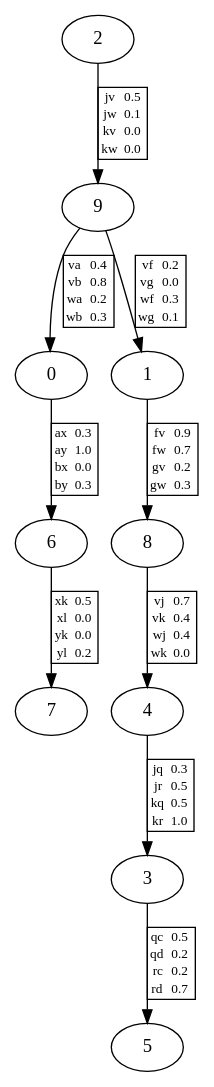
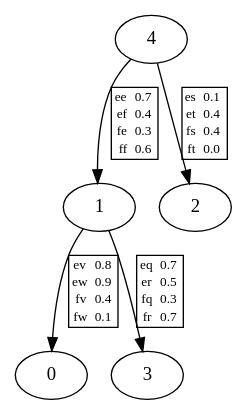
One commit to peterdeka/SoftMatching changed the diagram in Mgraph.gv. Above: the diagram before and after it, drawn with Graphviz. The commit also changed 10 other files, not shown here.

```diff
--- a/Mgraph.gv
+++ b/Mgraph.gv
@@ -1,10 +1,5 @@
-digraph {0;0 -> 6 [label=<<FONT POINT-SIZE="10"><TABLE CELLBORDER="0" CELLPADDING="1" CELLSPACING="0"><TR><TD>ax</TD><TD>0.3</TD></TR><TR><TD>ay</TD><TD>1.0</TD></TR><TR><TD>bx</TD><TD>0.0</TD></TR><TR><TD>by</TD><TD>0.3</TD></TR></TABLE></FONT>>];
-1;1 -> 8 [label=<<FONT POINT-SIZE="10"><TABLE CELLBORDER="0" CELLPADDING="1" CELLSPACING="0"><TR><TD>fv</TD><TD>0.9</TD></TR><TR><TD>fw</TD><TD>0.7</TD></TR><TR><TD>gv</TD><TD>0.2</TD></TR><TR><TD>gw</TD><TD>0.3</TD></TR></TABLE></FONT>>];
-2;2 -> 9 [label=<<FONT POINT-SIZE="10"><TABLE CELLBORDER="0" CELLPADDING="1" CELLSPACING="0"><TR><TD>jv</TD><TD>0.5</TD></TR><TR><TD>jw</TD><TD>0.1</TD></TR><TR><TD>kv</TD><TD>0.0</TD></TR><TR><TD>kw</TD><TD>0.0</TD></TR></TABLE></FONT>>];
-3;3 -> 5 [label=<<FONT POINT-SIZE="10"><TABLE CELLBORDER="0" CELLPADDING="1" CELLSPACING="0"><TR><TD>qc</TD><TD>0.5</TD></TR><TR><TD>qd</TD><TD>0.2</TD></TR><TR><TD>rc</TD><TD>0.2</TD></TR><TR><TD>rd</TD><TD>0.7</TD></TR></TABLE></FONT>>];
-4;4 -> 3 [label=<<FONT POINT-SIZE="10"><TABLE CELLBORDER="0" CELLPADDING="1" CELLSPACING="0"><TR><TD>jq</TD><TD>0.3</TD></TR><TR><TD>jr</TD><TD>0.5</TD></TR><TR><TD>kq</TD><TD>0.5</TD></TR><TR><TD>kr</TD><TD>1.0</TD></TR></TABLE></FONT>>];
-5;6;6 -> 7 [label=<<FONT POINT-SIZE="10"><TABLE CELLBORDER="0" CELLPADDING="1" CELLSPACING="0"><TR><TD>xk</TD><TD>0.5</TD></TR><TR><TD>xl</TD><TD>0.0</TD></TR><TR><TD>yk</TD><TD>0.0</TD></TR><TR><TD>yl</TD><TD>0.2</TD></TR></TABLE></FONT>>];
-7;8;8 -> 4 [label=<<FONT POINT-SIZE="10"><TABLE CELLBORDER="0" CELLPADDING="1" CELLSPACING="0"><TR><TD>vj</TD><TD>0.7</TD></TR><TR><TD>vk</TD><TD>0.4</TD></TR><TR><TD>wj</TD><TD>0.4</TD></TR><TR><TD>wk</TD><TD>0.0</TD></TR></TABLE></FONT>>];
-9;9 -> 1 [label=<<FONT POINT-SIZE="10"><TABLE CELLBORDER="0" CELLPADDING="1" CELLSPACING="0"><TR><TD>vf</TD><TD>0.2</TD></TR><TR><TD>vg</TD><TD>0.0</TD></TR><TR><TD>wf</TD><TD>0.3</TD></TR><TR><TD>wg</TD><TD>0.1</TD></TR></TABLE></FONT>>];
-9 -> 0 [label=<<FONT POINT-SIZE="10"><TABLE CELLBORDER="0" CELLPADDING="1" CELLSPACING="0"><TR><TD>va</TD><TD>0.4</TD></TR><TR><TD>vb</TD><TD>0.8</TD></TR><TR><TD>wa</TD><TD>0.2</TD></TR><TR><TD>wb</TD><TD>0.3</TD></TR></TABLE></FONT>>];
+digraph {0;1;1 -> 0 [label=<<FONT POINT-SIZE="10"><TABLE CELLBORDER="0" CELLPADDING="1" CELLSPACING="0"><TR><TD>ev</TD><TD>0.8</TD></TR><TR><TD>ew</TD><TD>0.9</TD></TR><TR><TD>fv</TD><TD>0.4</TD></TR><TR><TD>fw</TD><TD>0.1</TD></TR></TABLE></FONT>>];
+1 -> 3 [label=<<FONT POINT-SIZE="10"><TABLE CELLBORDER="0" CELLPADDING="1" CELLSPACING="0"><TR><TD>eq</TD><TD>0.7</TD></TR><TR><TD>er</TD><TD>0.5</TD></TR><TR><TD>fq</TD><TD>0.3</TD></TR><TR><TD>fr</TD><TD>0.7</TD></TR></TABLE></FONT>>];
+2;3;4;4 -> 1 [label=<<FONT POINT-SIZE="10"><TABLE CELLBORDER="0" CELLPADDING="1" CELLSPACING="0"><TR><TD>ee</TD><TD>0.7</TD></TR><TR><TD>ef</TD><TD>0.4</TD></TR><TR><TD>fe</TD><TD>0.3</TD></TR><TR><TD>ff</TD><TD>0.6</TD></TR></TABLE></FONT>>];
+4 -> 2 [label=<<FONT POINT-SIZE="10"><TABLE CELLBORDER="0" CELLPADDING="1" CELLSPACING="0"><TR><TD>es</TD><TD>0.1</TD></TR><TR><TD>et</TD><TD>0.4</TD></TR><TR><TD>fs</TD><TD>0.4</TD></TR><TR><TD>ft</TD><TD>0.0</TD></TR></TABLE></FONT>>];
 }
```
